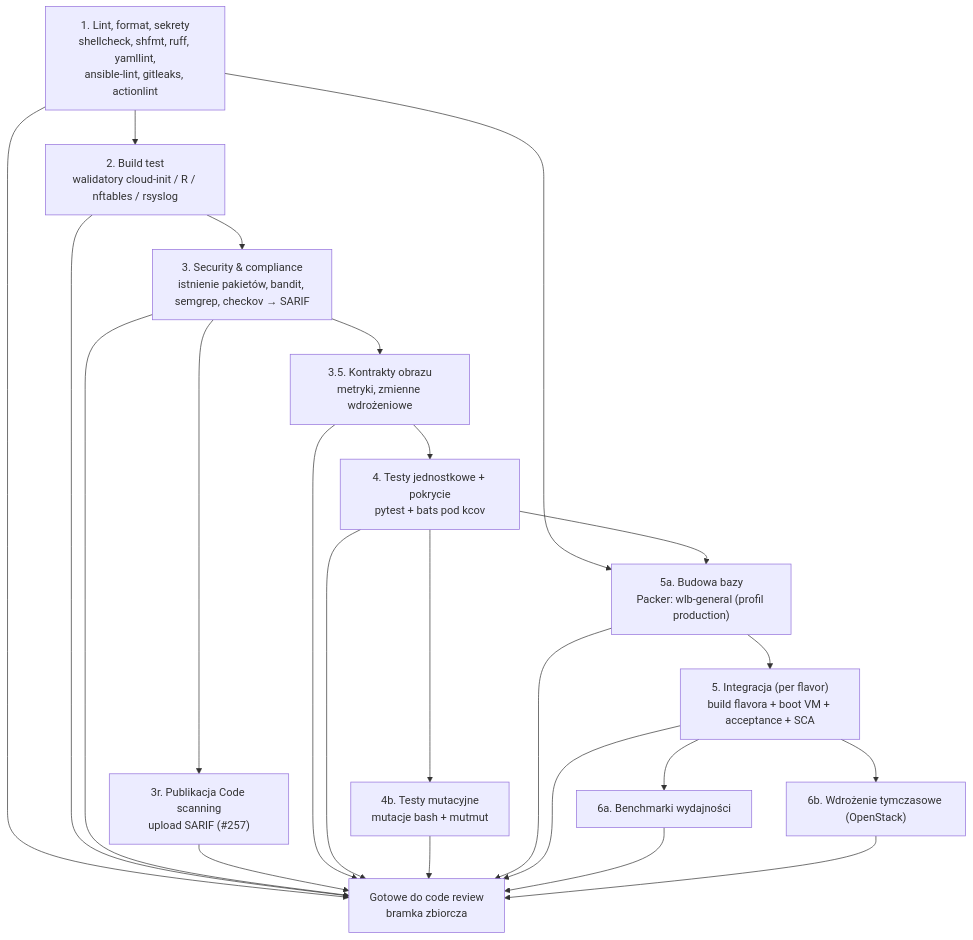
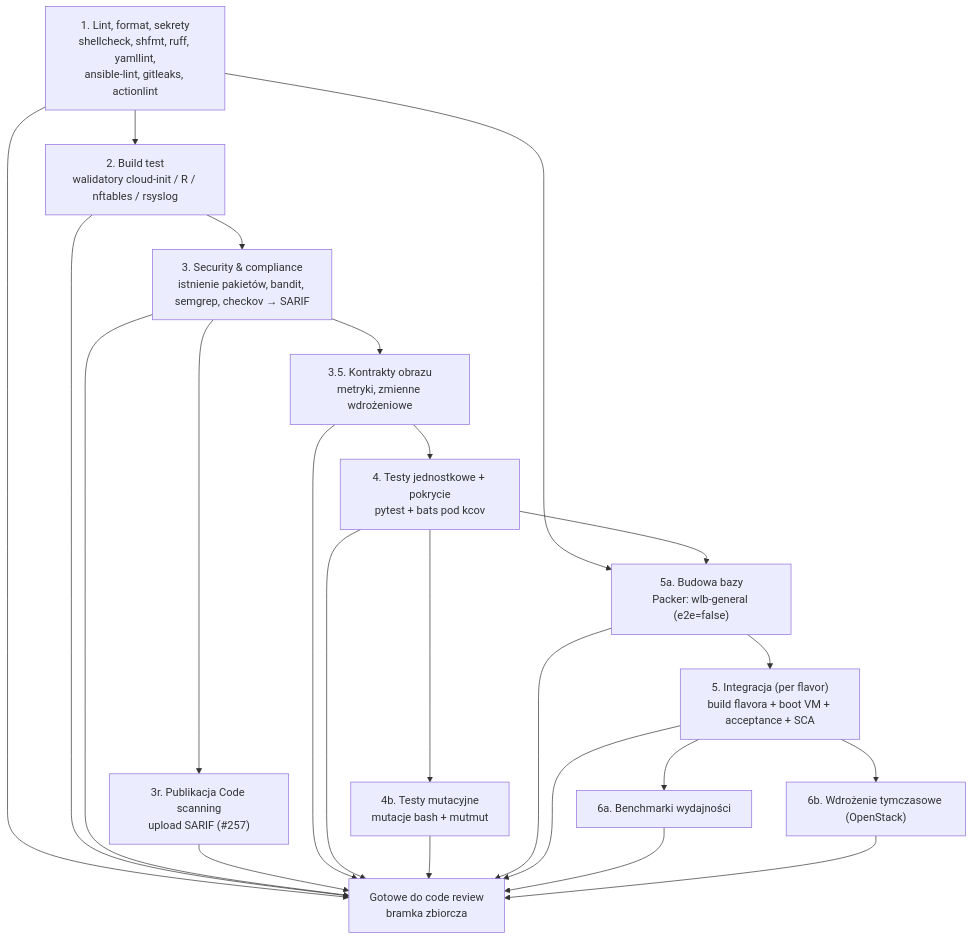
Before and after one commit to xWuWux/wlb-golden-image: the first of 4 diagrams in docs/architektura/cykl-wydania-obrazu.md, drawn with Mermaid. The commit also changed other lines of this file and 1 other file, not shown here.

````diff
--- a/docs/architektura/cykl-wydania-obrazu.md
+++ b/docs/architektura/cykl-wydania-obrazu.md
@@ -53,25 +53,25 @@
 ```mermaid
 flowchart TD
   L["1. Lint, format, sekrety<br/>shellcheck, shfmt, ruff, yamllint,<br/>ansible-lint, gitleaks, actionlint"]
   B["2. Build test<br/>walidatory cloud-init / R / nftables / rsyslog"]
   S["3. Security & compliance<br/>istnienie pakietów, bandit, semgrep, checkov → SARIF"]
   SR["3r. Publikacja Code scanning<br/>upload SARIF (#257)"]
   O["3.5. Kontrakty obrazu<br/>metryki, zmienne wdrożeniowe"]
   U["4. Testy jednostkowe + pokrycie<br/>pytest + bats pod kcov"]
   M["4b. Testy mutacyjne<br/>mutacje bash + mutmut"]
-  BA["5a. Budowa bazy<br/>Packer: wlb-general (profil production)"]
+  BA["5a. Budowa bazy<br/>Packer: wlb-general (e2e=false)"]
   I["5. Integracja (per flavor)<br/>build flavora + boot VM + acceptance + SCA"]
   P["6a. Benchmarki wydajności"]
   E["6b. Wdrożenie tymczasowe (OpenStack)"]
   G["Gotowe do code review<br/>bramka zbiorcza"]
 
   L --> B --> S
   S --> SR
   S --> O --> U --> M
   L --> BA
   U --> BA
   BA --> I
   I --> P
   I --> E
   L & B & S & SR & O & U & M & BA & I & P & E --> G
 ```
````
